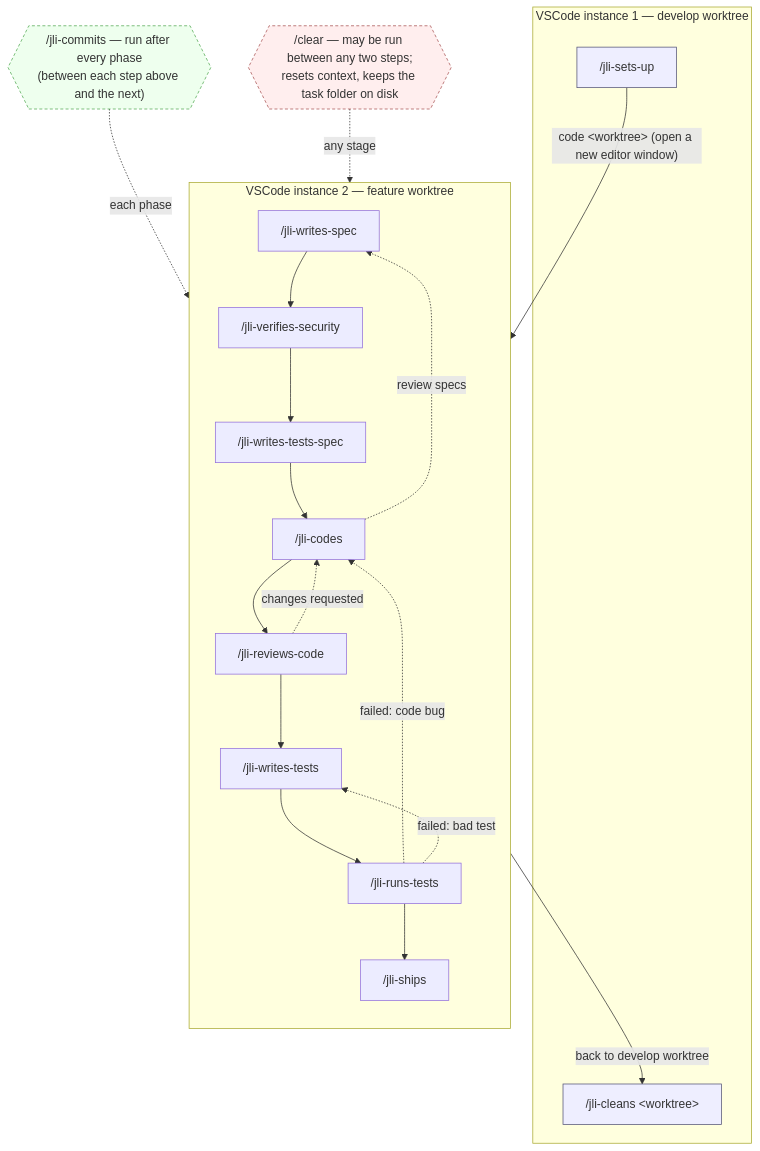
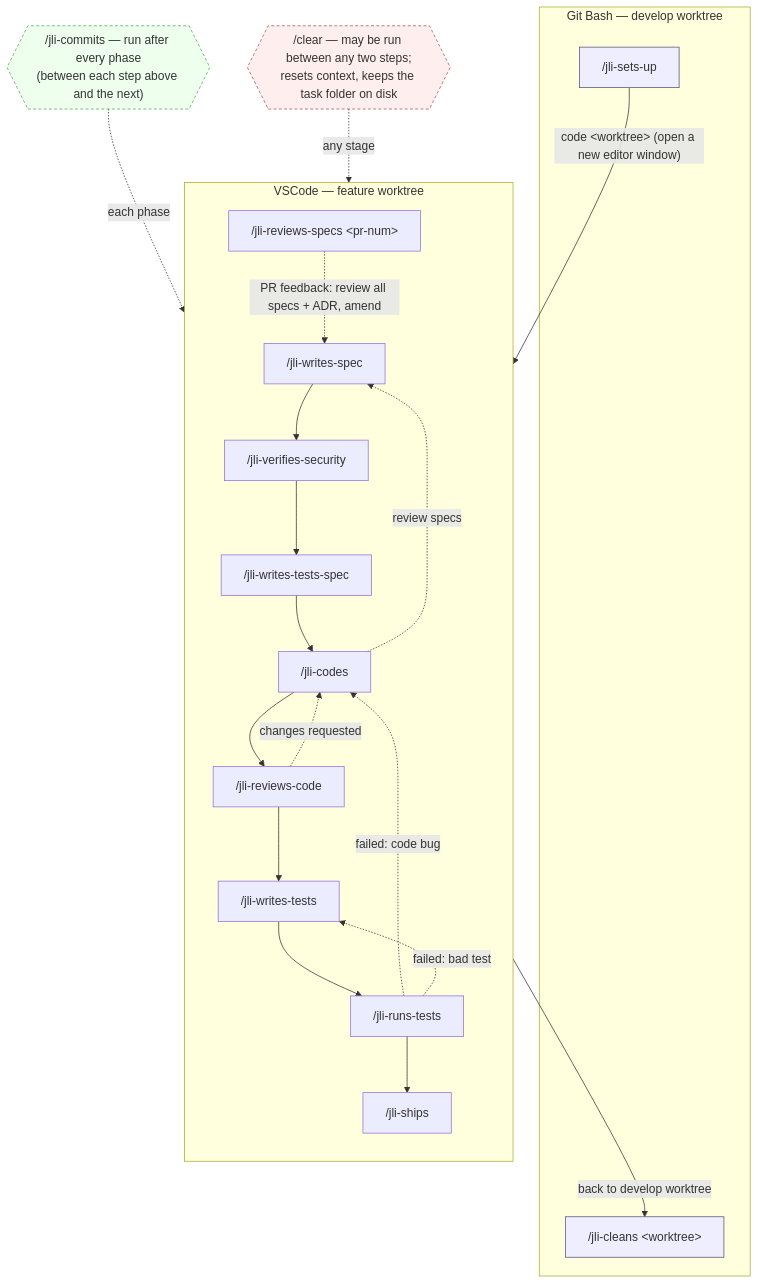
One commit to JeremieLitzler/french-gas-stations-scraper changed the second of 2 diagrams in AGENT-COMMAND-MIGRATION.md. Above: the diagram before and after it, drawn with Mermaid. The commit also changed other lines of this file and 10 other files, not shown here.

First line of the commit message:
ci(commands): add jli-reviews-specs, dual-mode setup, and sub-issue task folders

````diff
--- a/AGENT-COMMAND-MIGRATION.md
+++ b/AGENT-COMMAND-MIGRATION.md
@@ -74,39 +145,41 @@
 ```mermaid
 flowchart TD
-    subgraph INST1["VSCode instance 1 — develop worktree"]
+    subgraph INST1["Git Bash — develop worktree"]
         setup["/jli-sets-up"]
         cleanup["/jli-cleans &lt;worktree&gt;"]
     end
 
-    subgraph INST2["VSCode instance 2 — feature worktree"]
+    subgraph INST2["VSCode — feature worktree"]
         direction TB
+        reviewspecs["/jli-reviews-specs &lt;pr-num&gt;"]
         spec["/jli-writes-spec"] --> sec["/jli-verifies-security"]
         sec --> tw1["/jli-writes-tests-spec"]
         tw1 --> code["/jli-codes"]
         code --> review["/jli-reviews-code"]
         review --> tw2["/jli-writes-tests"]
         tw2 --> trun["/jli-runs-tests"]
         trun --> ship["/jli-ships"]
     end
 
     setup -->|"code &lt;worktree&gt; (open a new editor window)"| spec
     ship -->|"back to develop worktree"| cleanup
 
     review -. "changes requested" .-> code
     trun -. "failed: code bug" .-> code
     trun -. "failed: bad test" .-> tw2
     code -. "review specs" .-> spec
+    reviewspecs -. "PR feedback: review all specs + ADR, amend" .-> spec
 
     commit{{"/jli-commits — run after every phase<br/>(between each step above and the next)"}}
     commit -. "each phase" .-> INST2
 
     clear{{"/clear — may be run between any two steps;<br/>resets context, keeps the task folder on disk"}}
     clear -. "any stage" .-> INST2
 
     classDef editor fill:#eef,stroke:#557,stroke-width:1px;
     classDef note fill:#efe,stroke:#5a5,stroke-width:1px,stroke-dasharray:4 3;
     classDef reset fill:#fee,stroke:#a55,stroke-width:1px,stroke-dasharray:4 3;
     class setup,cleanup editor;
     class commit note;
     class clear reset;
 ```
````
